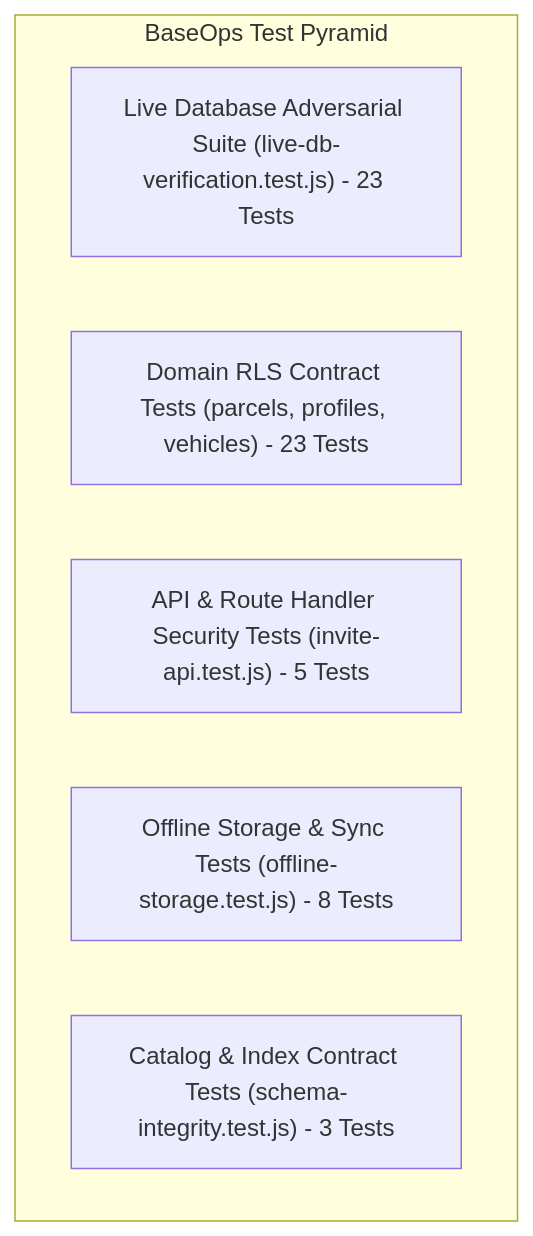
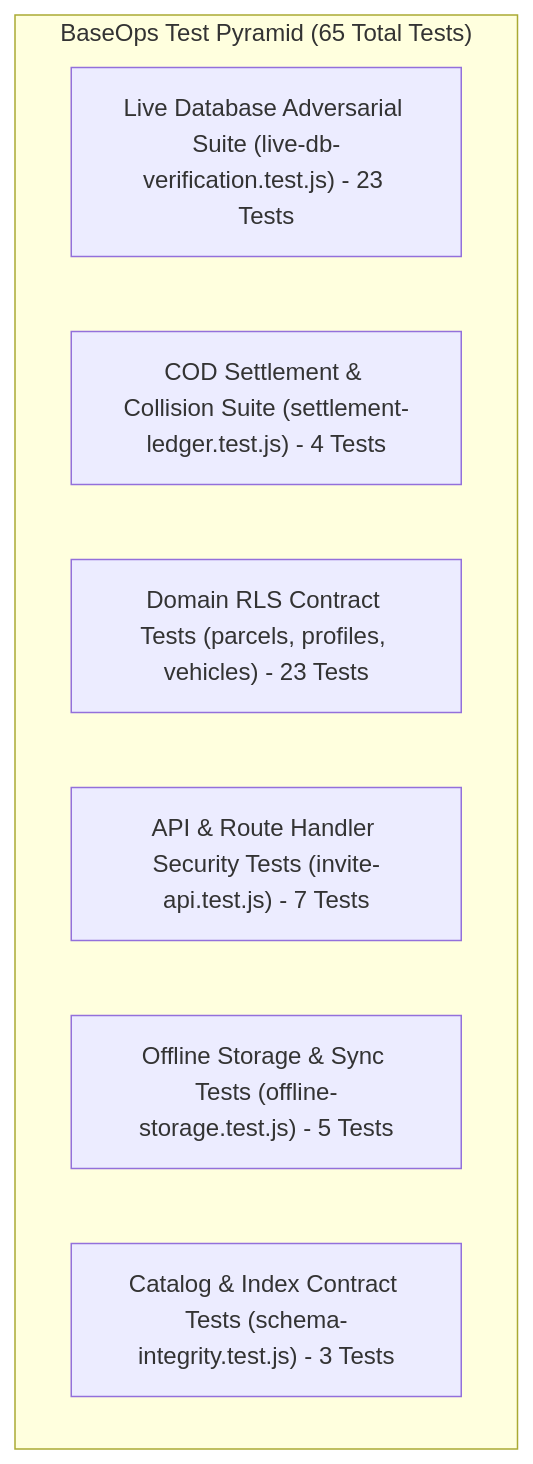
One commit to JohnApollos/baseops changed the diagram in docs/TESTING.md. Above: the diagram before and after it, drawn with Mermaid. The commit also changed other lines of this file and 31 other files, not shown here.

First line of the commit message:
feat(ledger): implement offline settlement ledger, collision engine, and bulk manifest ingestion

````diff
--- a/docs/TESTING.md
+++ b/docs/TESTING.md
@@ -11,10 +11,11 @@
 ```mermaid
 graph TD
-    subgraph TestPyramid ["BaseOps Test Pyramid"]
+    subgraph TestPyramid ["BaseOps Test Pyramid (65 Total Tests)"]
         LiveDB["Live Database Adversarial Suite (live-db-verification.test.js) - 23 Tests"]
+        SettlementTests["COD Settlement & Collision Suite (settlement-ledger.test.js) - 4 Tests"]
         RLSTests["Domain RLS Contract Tests (parcels, profiles, vehicles) - 23 Tests"]
-        APITests["API & Route Handler Security Tests (invite-api.test.js) - 5 Tests"]
-        OfflineTests["Offline Storage & Sync Tests (offline-storage.test.js) - 8 Tests"]
+        APITests["API & Route Handler Security Tests (invite-api.test.js) - 7 Tests"]
+        OfflineTests["Offline Storage & Sync Tests (offline-storage.test.js) - 5 Tests"]
         SchemaTests["Catalog & Index Contract Tests (schema-integrity.test.js) - 3 Tests"]
     end
 ```
````
